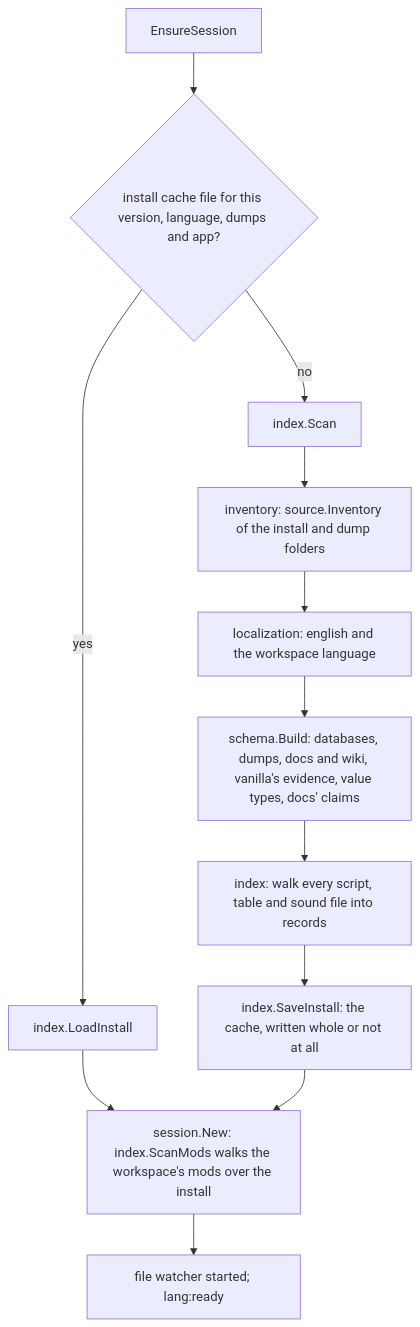
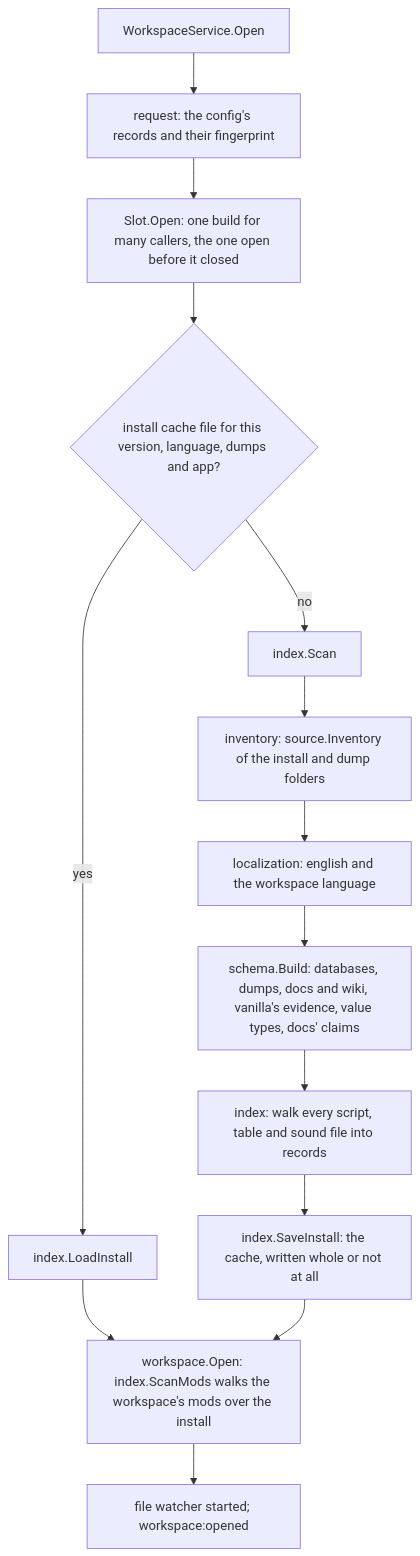
The second of 4 diagrams in services/README.md (idodavis/paradox-modding-tools), drawn with Mermaid before and after one commit. The commit also changed other lines of this file and 2 other files, not shown here.

First line of the commit message:
The documents name the open workspace as the code does: the Slot and the workspace service's Open and State, the five workspace and install events, WorkspaceState.open and the store's isOpen.

````diff
--- a/services/README.md
+++ b/services/README.md
@@ -107,14 +106,16 @@
 ```mermaid
 flowchart TD
-  A[EnsureSession] --> B{install cache file for this version, language, dumps and app?}
+  A[WorkspaceService.Open] --> A1[request: the config's records and their fingerprint]
+  A1 --> A2[Slot.Open: one build for many callers, the one open before it closed]
+  A2 --> B{install cache file for this version, language, dumps and app?}
   B -- yes --> C[index.LoadInstall]
   B -- no --> D[index.Scan]
   D --> D1[inventory: source.Inventory of the install and dump folders]
   D1 --> D2[localization: english and the workspace language]
   D2 --> D3["schema.Build: databases, dumps, docs and wiki, vanilla's evidence, value types, docs' claims"]
   D3 --> D4[index: walk every script, table and sound file into records]
   D4 --> D5[index.SaveInstall: the cache, written whole or not at all]
-  C --> E[session.New: index.ScanMods walks the workspace's mods over the install]
+  C --> E[workspace.Open: index.ScanMods walks the workspace's mods over the install]
   D5 --> E
-  E --> F[file watcher started; lang:ready]
+  E --> F[file watcher started; workspace:opened]
 ```
````
